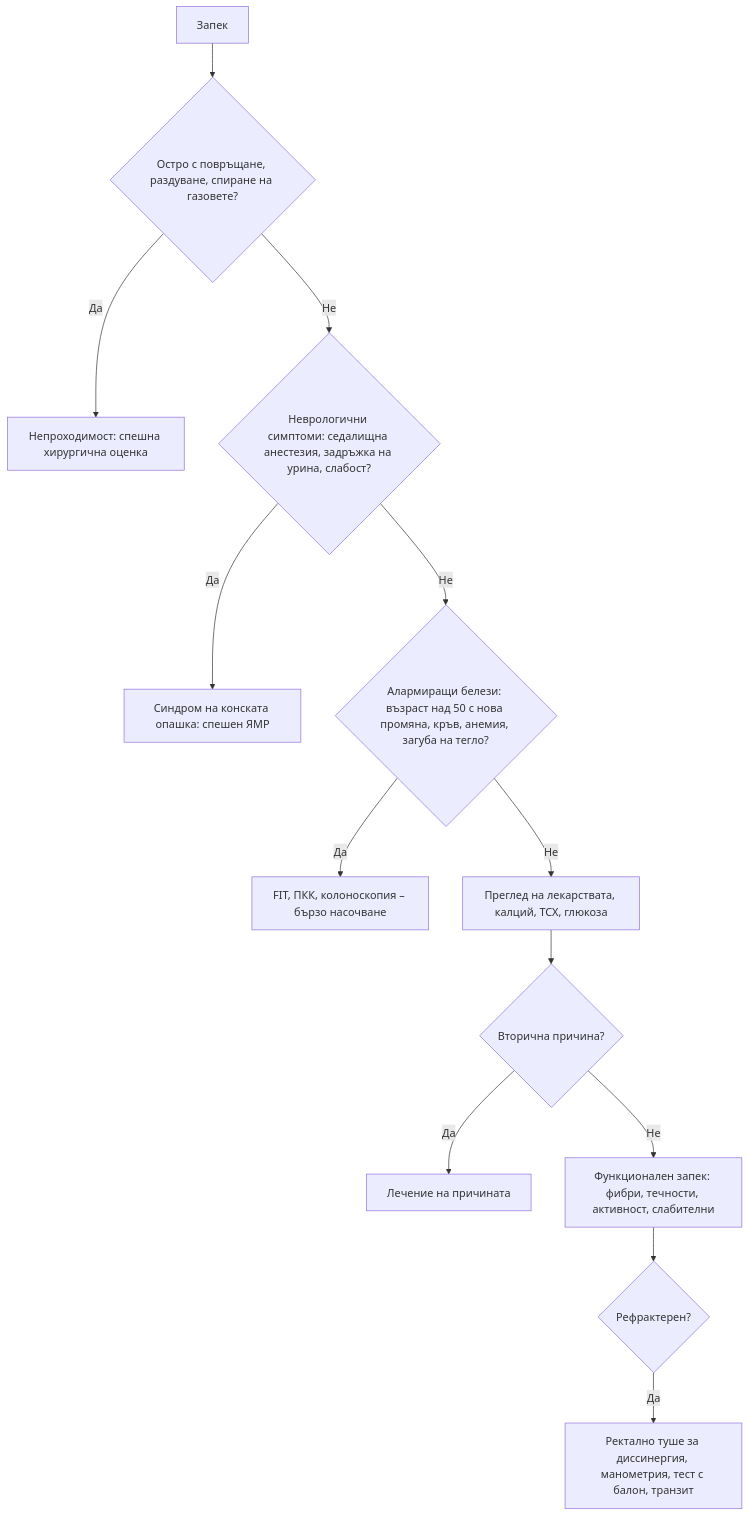
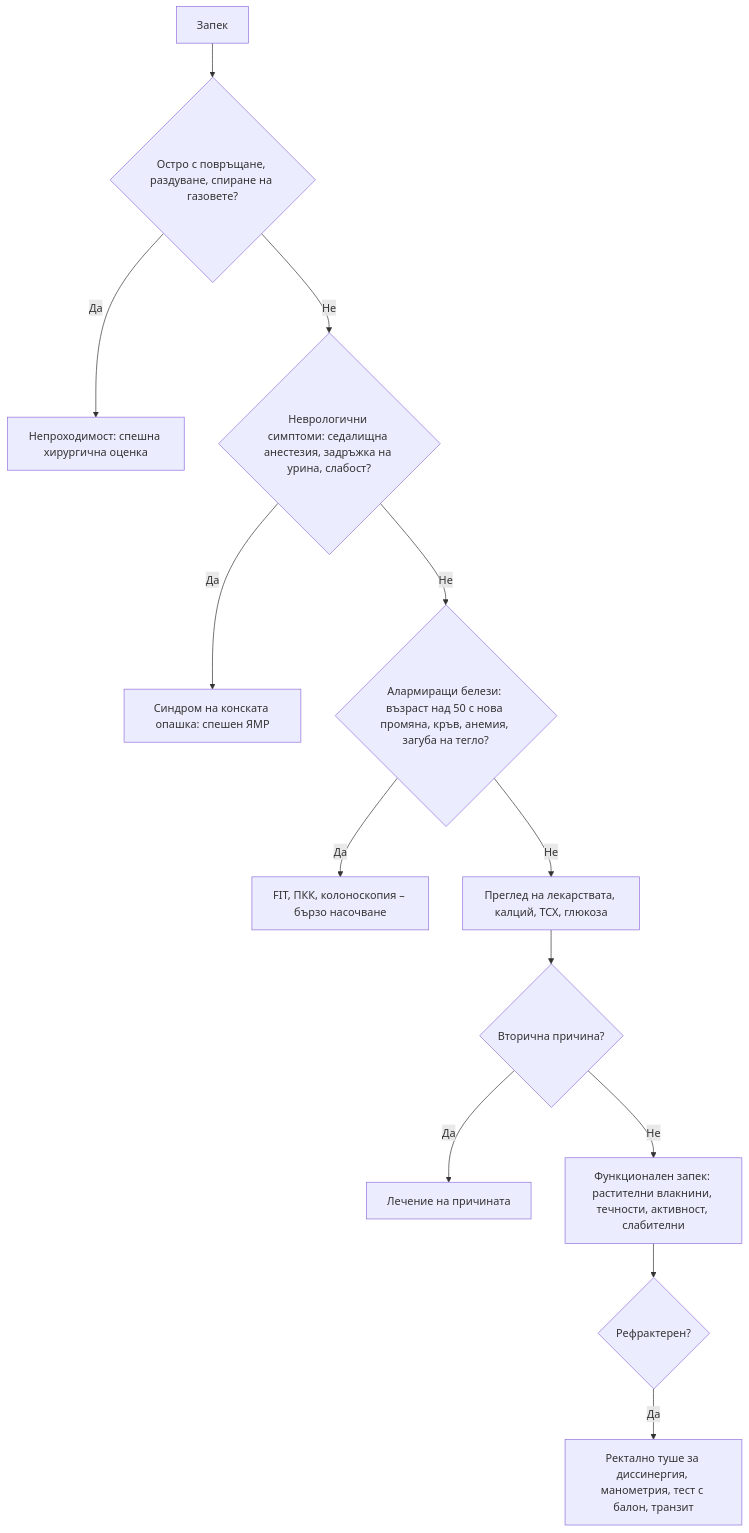
The diagram in glavi/24-zapek.md (yancho26/yancho), drawn with Mermaid before and after one commit. The commit also changed other lines of this file and 1 other file, not shown here.

````diff
--- a/glavi/24-zapek.md
+++ b/glavi/24-zapek.md
@@ -193,17 +193,17 @@
 ```mermaid
 flowchart TD
     accTitle: Диагностичен алгоритъм: запек и промени в дефекацията
     accDescr: Блок-схема. Начало: Запек. Въпроси: Остро с повръщане, раздуване, спиране на газовете? · Неврологични симптоми: седалищна анестезия, задръжка на урина, слабост? · Алармиращи белези: възраст над 50 с нова промяна, кръв, анемия, загуба на тегло? · Вторична причина? · Рефрактерен? Пълното текстово описание е под схемата.
     A["Запек"] --> B{"Остро с повръщане, раздуване, спиране на газовете?"}
     B -->|Да| C["Непроходимост: спешна хирургична оценка"]
     B -->|Не| D{"Неврологични симптоми: седалищна анестезия, задръжка на урина, слабост?"}
     D -->|Да| E["Синдром на конската опашка: спешен ЯМР"]
     D -->|Не| F{"Алармиращи белези: възраст над 50 с нова промяна, кръв, анемия, загуба на тегло?"}
     F -->|Да| G["FIT, ПКК, колоноскопия – бързо насочване"]
     F -->|Не| H["Преглед на лекарствата, калций, ТСХ, глюкоза"]
     H --> I{"Вторична причина?"}
     I -->|Да| J["Лечение на причината"]
-    I -->|Не| K["Функционален запек: фибри, течности, активност, слабителни"]
+    I -->|Не| K["Функционален запек: растителни влакнини, течности, активност, слабителни"]
     K --> L{"Рефрактерен?"}
     L -->|Да| M["Ректално туше за диссинергия, манометрия, тест с балон, транзит"]
 ```
````
